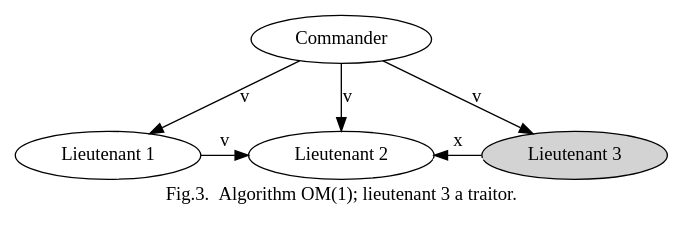
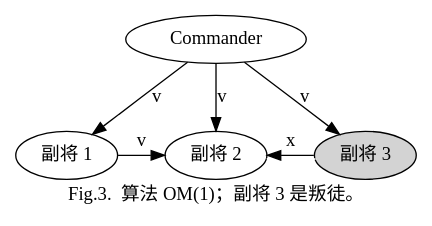
One commit to Robinpig/Note changed the third of 5 diagrams in docs/CS/Distributed/Byzantine.md. Above: the diagram before and after it, drawn with Graphviz. The commit also changed other lines of this file and 355 other files, not shown here.

````diff
--- a/docs/CS/Distributed/Byzantine.md
+++ b/docs/CS/Distributed/Byzantine.md
@@ -154,19 +154,15 @@
 ```dot
 digraph {
-    label="Fig.3.  Algorithm OM(1); lieutenant 3 a traitor."
-  
-    Lieutenant1[label="Lieutenant 1"];
-    Lieutenant2[label="Lieutenant 2"];
-    Lieutenant3[label="Lieutenant 3"  style=filled];
-  
+    label="Fig.3.  算法 OM(1)；副将 3 是叛徒。"
+    Lieutenant1[label="副将 1"];
+    Lieutenant2[label="副将 2"];
+    Lieutenant3[label="副将 3"  style=filled];
     Commander -> Lieutenant1[label="v"];
     Commander -> Lieutenant2[label="v"];
     Commander -> Lieutenant3[label="v"];
-  
     {rank="same";Lieutenant1;Lieutenant2;Lieutenant3;}
-  
     Lieutenant2 -> Lieutenant3[ color="white"];
     Lieutenant3 -> Lieutenant2[label="x"];
     Lieutenant1 -> Lieutenant2[label="v"];
 }
 ```
````
